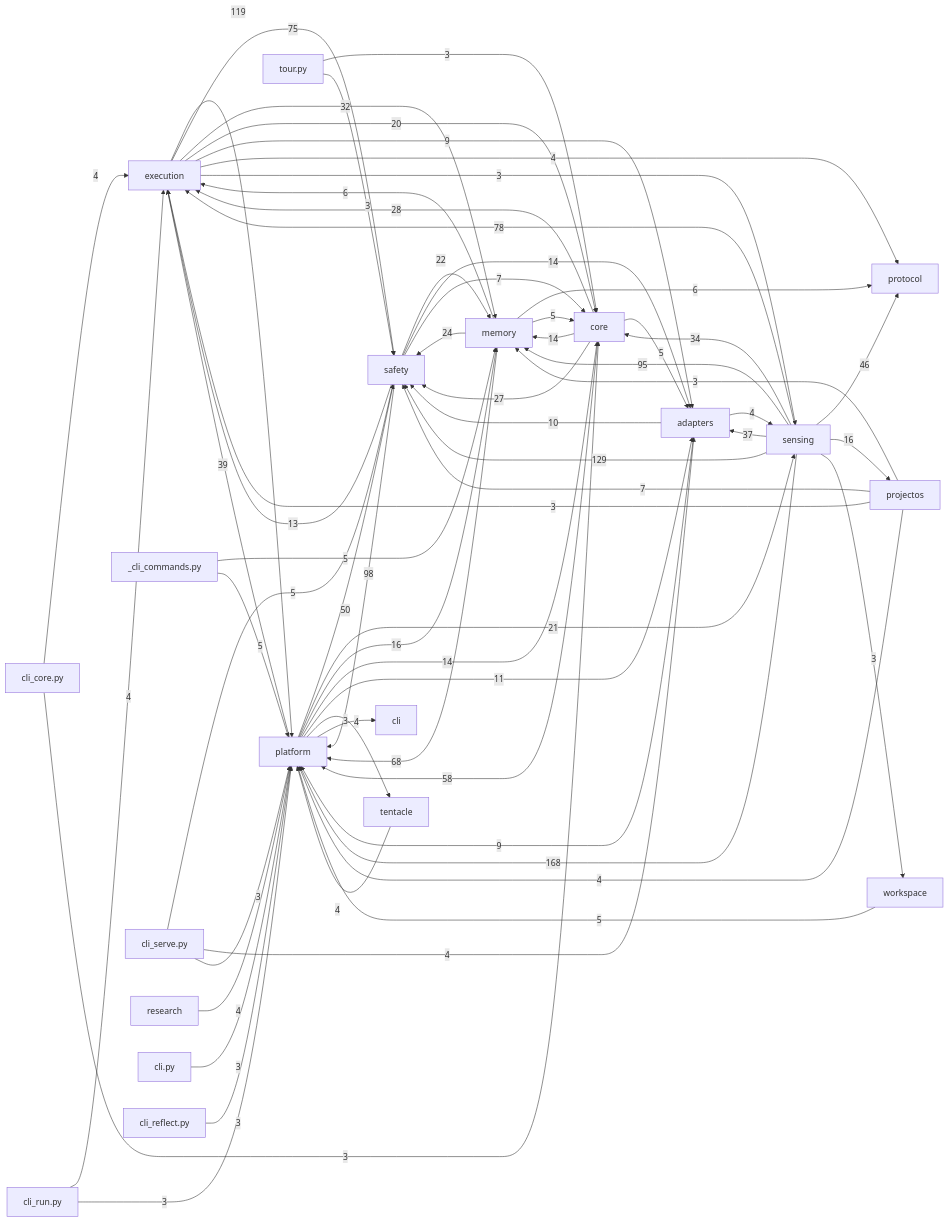
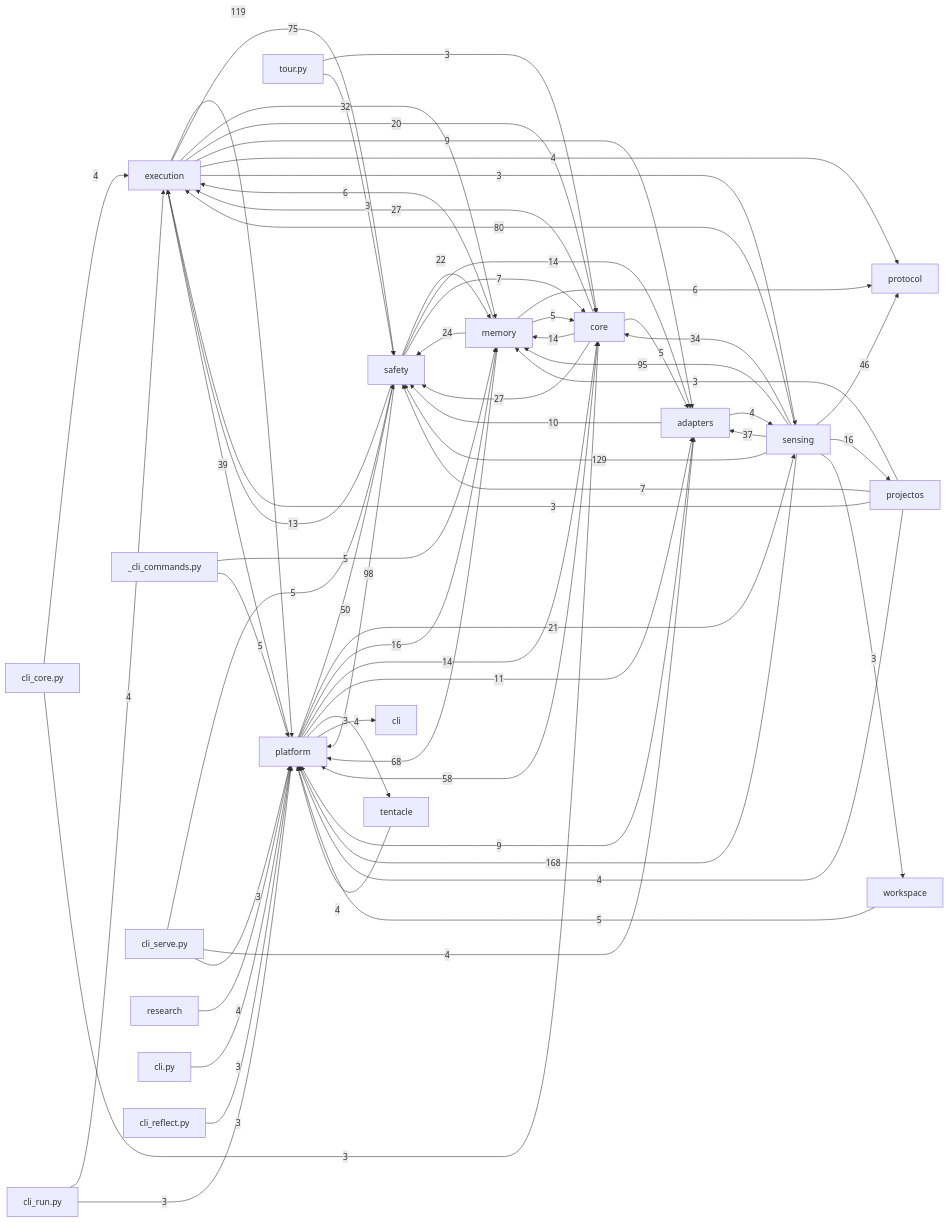
One commit to dengdenghua/octopus-agent changed the diagram in docs/auto/20-backend/index.md. Above: the diagram before and after it, drawn with Mermaid. The commit also changed 62 other files, not shown here.

````diff
--- a/docs/auto/20-backend/index.md
+++ b/docs/auto/20-backend/index.md
@@ -26,72 +26,72 @@
 ```mermaid
 graph LR
   execution[execution]
   core[core]
   safety[safety]
   memory[memory]
   sensing[sensing]
   adapters[adapters]
   platform[platform]
   sensing -- 168 --> platform
   sensing -- 129 --> safety
   execution -- 119 --> platform
   safety -- 98 --> platform
   sensing -- 95 --> memory
-  sensing -- 78 --> execution
+  sensing -- 80 --> execution
   execution -- 75 --> safety
   memory -- 68 --> platform
   core -- 58 --> platform
   platform -- 50 --> safety
   sensing -- 46 --> protocol
   platform -- 39 --> execution
   sensing -- 37 --> adapters
   sensing -- 34 --> core
   execution -- 32 --> memory
-  core -- 28 --> execution
+  core -- 27 --> execution
   core -- 27 --> safety
   memory -- 24 --> safety
   safety -- 22 --> memory
   platform -- 21 --> sensing
   execution -- 20 --> core
   platform -- 16 --> memory
   sensing -- 16 --> projectos
   core -- 14 --> memory
   platform -- 14 --> core
   safety -- 14 --> adapters
   safety -- 13 --> execution
   platform -- 11 --> adapters
   adapters -- 10 --> safety
   adapters -- 9 --> platform
   execution -- 9 --> adapters
   projectos -- 7 --> safety
   safety -- 7 --> core
   memory -- 6 --> execution
   memory -- 6 --> protocol
   _cli_commands.py -- 5 --> memory
   _cli_commands.py -- 5 --> platform
   cli_serve.py -- 5 --> safety
   core -- 5 --> adapters
   memory -- 5 --> core
   workspace -- 5 --> platform
   adapters -- 4 --> sensing
   cli_core.py -- 4 --> execution
   cli_run.py -- 4 --> execution
   cli_serve.py -- 4 --> adapters
   execution -- 4 --> protocol
   platform -- 4 --> tentacle
   projectos -- 4 --> platform
   research -- 4 --> platform
   tentacle -- 4 --> platform
   cli.py -- 3 --> platform
   cli_core.py -- 3 --> core
   cli_reflect.py -- 3 --> platform
   cli_run.py -- 3 --> platform
   cli_serve.py -- 3 --> platform
   execution -- 3 --> sensing
   platform -- 3 --> cli
   projectos -- 3 --> execution
   projectos -- 3 --> memory
   sensing -- 3 --> workspace
   tour.py -- 3 --> core
   tour.py -- 3 --> safety
 ```
````
